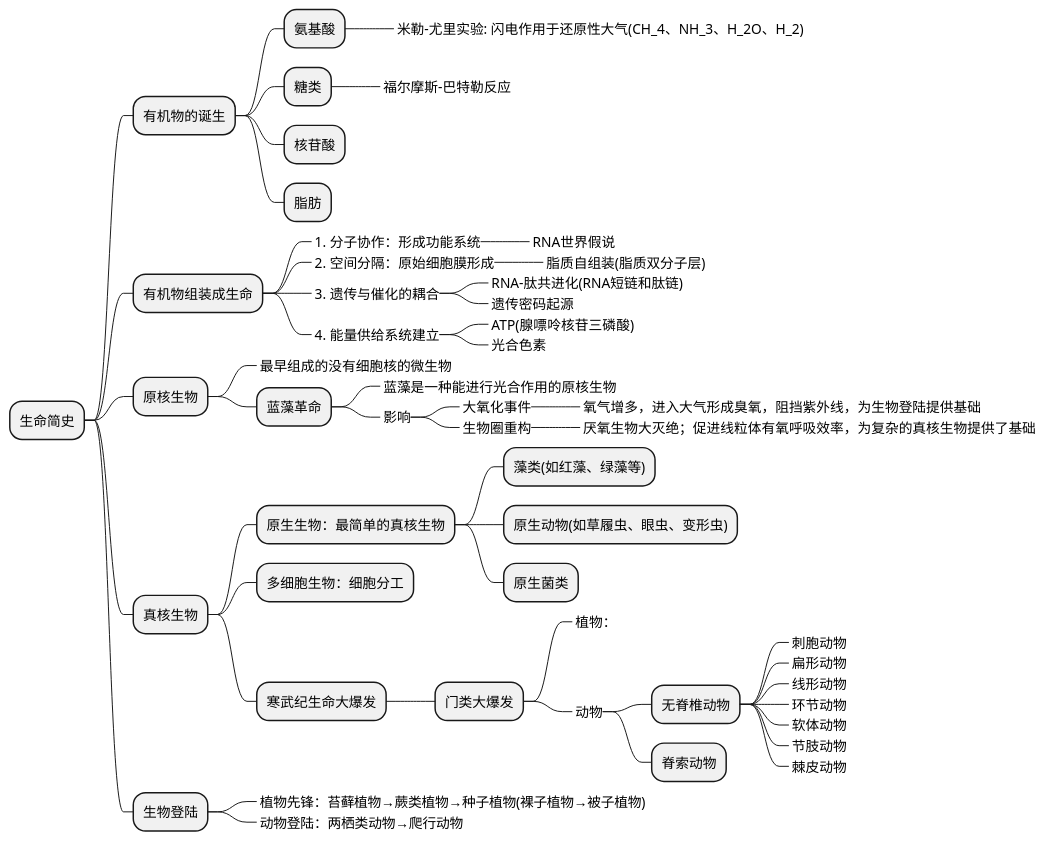
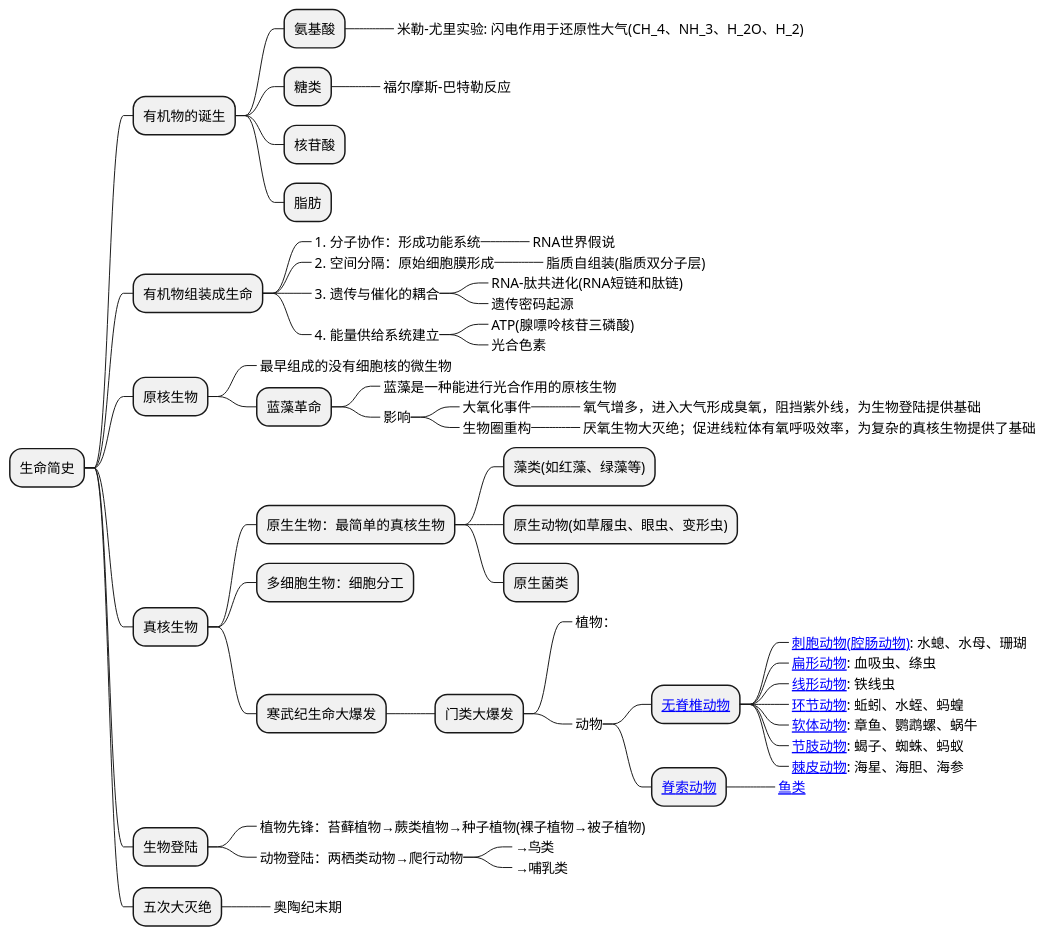
One commit to holmofy/blog.hufeifei.cn changed the diagram in source/_posts/history/life-history.md. Above: the diagram before and after it, drawn with PlantUML.

````diff
--- a/source/_posts/history/life-history.md
+++ b/source/_posts/history/life-history.md
@@ -15,54 +15,59 @@
 ```plantuml
 @startmindmap
 + 生命简史
 ++ 有机物的诞生
 +++ 氨基酸
 ++++_ 米勒-尤里实验: 闪电作用于还原性大气(CH_4、NH_3、H_2O、H_2)
 +++ 糖类
 ++++_ 福尔摩斯-巴特勒反应
 +++ 核苷酸
 +++ 脂肪
 ++ 有机物组装成生命
 +++_ 1. 分子协作：形成功能系统
 ++++_ RNA世界假说
 +++_ 2. 空间分隔：原始细胞膜形成
 ++++_ 脂质自组装(脂质双分子层)
 +++_ 3. 遗传与催化的耦合
 ++++_ RNA-肽共进化(RNA短链和肽链)
 ++++_ 遗传密码起源
 +++_ 4. 能量供给系统建立
 ++++_ ATP(腺嘌呤核苷三磷酸)
 ++++_ 光合色素
 ++ 原核生物
 +++_ 最早组成的没有细胞核的微生物
 +++ 蓝藻革命
 ++++_ 蓝藻是一种能进行光合作用的原核生物
 ++++_ 影响
 +++++_ 大氧化事件
 ++++++_ 氧气增多，进入大气形成臭氧，阻挡紫外线，为生物登陆提供基础
 +++++_ 生物圈重构
 ++++++_ 厌氧生物大灭绝；促进线粒体有氧呼吸效率，为复杂的真核生物提供了基础
 ++ 真核生物
 +++ 原生生物：最简单的真核生物
 ++++ 藻类(如红藻、绿藻等)
 ++++ 原生动物(如草履虫、眼虫、变形虫)
 ++++ 原生菌类
 +++ 多细胞生物：细胞分工
 +++ 寒武纪生命大爆发
 ++++ 门类大爆发
 +++++_ 植物：
 +++++_ 动物
-++++++ 无脊椎动物
-+++++++_ 刺胞动物
-+++++++_ 扁形动物
-+++++++_ 线形动物
-+++++++_ 环节动物
-+++++++_ 软体动物
-+++++++_ 节肢动物
-+++++++_ 棘皮动物
-++++++ 脊索动物
+++++++ [[https://baike.baidu.com/item/无脊椎动物/149803 无脊椎动物]]
++++++++_ [[https://baike.baidu.com/item/刺胞动物门 刺胞动物(腔肠动物)]]: 水螅、水母、珊瑚
++++++++_ [[https://baike.baidu.com/item/扁形动物门 扁形动物]]: 血吸虫、绦虫
++++++++_ [[https://baike.baidu.com/item/线形动物门 线形动物]]: 铁线虫
++++++++_ [[https://baike.baidu.com/item/环节动物 环节动物]]: 蚯蚓、水蛭、蚂蝗
++++++++_ [[https://baike.baidu.com/item/软体动物 软体动物]]: 章鱼、鹦鹉螺、蜗牛
++++++++_ [[https://baike.baidu.com/item/节肢动物门 节肢动物]]: 蝎子、蜘蛛、蚂蚁
++++++++_ [[https://baike.baidu.com/item/棘皮动物门 棘皮动物]]: 海星、海胆、海参
+++++++ [[https://baike.baidu.com/item/脊索动物门 脊索动物]]
++++++++_ [[https://baike.baidu.com/item/鱼类/524517 鱼类]]
 ++ 生物登陆
 +++_ 植物先锋：苔藓植物→蕨类植物→种子植物(裸子植物→被子植物)
 +++_ 动物登陆：两栖类动物→爬行动物
+++++_ →鸟类
+++++_ →哺乳类
+++ 五次大灭绝
++++_ 奥陶纪末期
 @endmindmap
 ```
````
